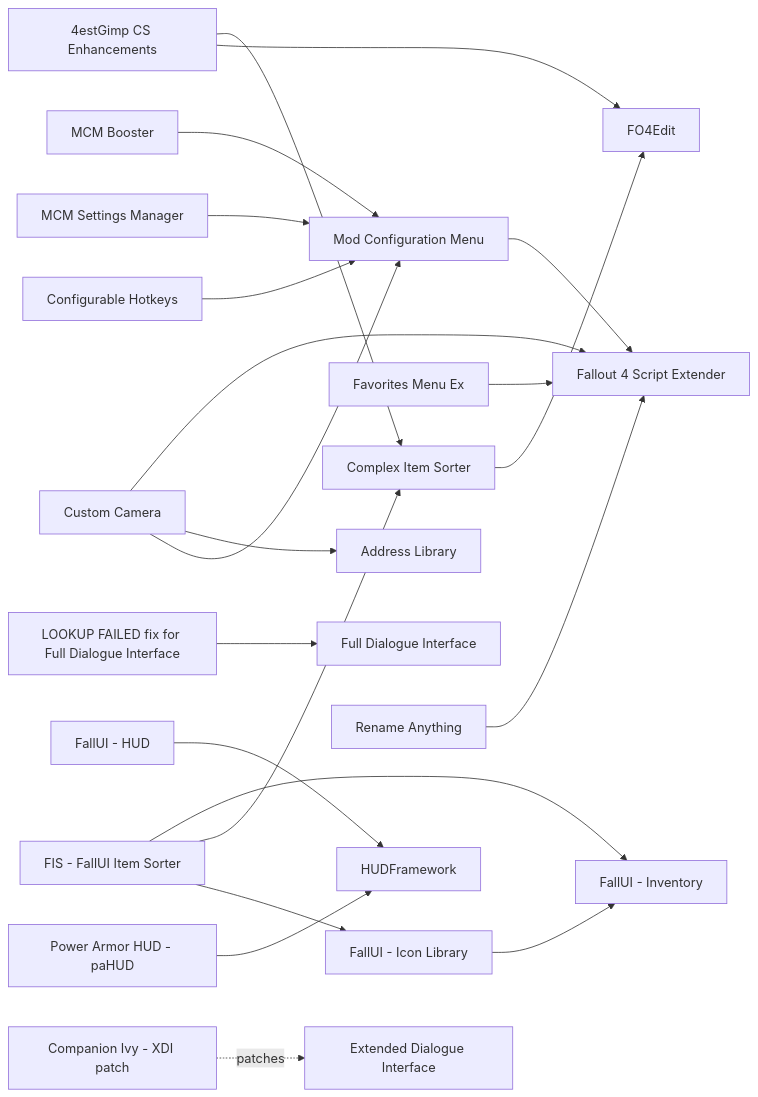
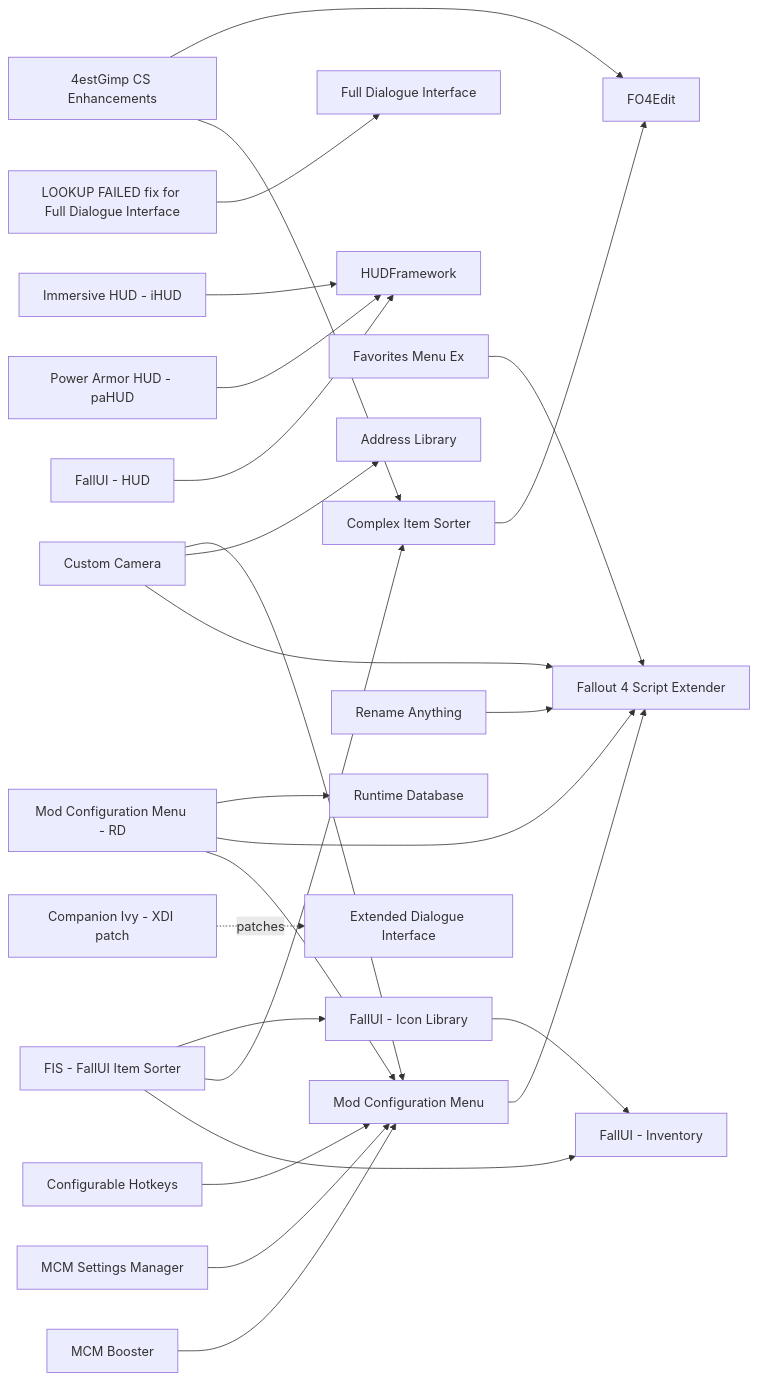
The diagram in docs/catalog/interface.md (MorganKryze/special-mods-list), drawn with Mermaid before and after one commit. The commit also changed other lines of this file and 19 other files, not shown here.

````diff
--- a/docs/catalog/interface.md
+++ b/docs/catalog/interface.md
@@ -96,45 +98,52 @@
 ```mermaid
 graph LR
   4estgimp_cs_enhancements["4estGimp CS Enhancements"]
   address_library["Address Library"]
   companion_ivy_xdi_patch["Companion Ivy - XDI patch"]
   complex_item_sorter["Complex Item Sorter"]
   configurable_hotkeys["Configurable Hotkeys"]
   custom_camera["Custom Camera"]
   f4se["Fallout 4 Script Extender"]
   fallui_hud["FallUI - HUD"]
   fallui_icon_library["FallUI - Icon Library"]
   fallui_inventory["FallUI - Inventory"]
   favorites_menu_ex["Favorites Menu Ex"]
   fdi_lookup_failed_fix["LOOKUP FAILED fix for Full Dialogue Interface"]
   fis_fallui_item_sorter["FIS - FallUI Item Sorter"]
   fo4edit["FO4Edit"]
   full_dialogue_interface["Full Dialogue Interface"]
   hudframework["HUDFramework"]
+  ihud["Immersive HUD - iHUD"]
   mcm["Mod Configuration Menu"]
   mcm_booster["MCM Booster"]
+  mcm_rd["Mod Configuration Menu - RD"]
   mcm_settings_manager["MCM Settings Manager"]
   pahud["Power Armor HUD - paHUD"]
   rename_anything["Rename Anything"]
+  runtime_database["Runtime Database"]
   xdi["Extended Dialogue Interface"]
   mcm --> f4se
   complex_item_sorter --> fo4edit
   companion_ivy_xdi_patch -. patches .-> xdi
   fallui_hud --> hudframework
   fallui_icon_library --> fallui_inventory
   fis_fallui_item_sorter --> fallui_inventory
   fis_fallui_item_sorter --> complex_item_sorter
   fis_fallui_item_sorter --> fallui_icon_library
   mcm_booster --> mcm
   mcm_settings_manager --> mcm
   pahud --> hudframework
   4estgimp_cs_enhancements --> complex_item_sorter
   4estgimp_cs_enhancements --> fo4edit
   configurable_hotkeys --> mcm
   custom_camera --> f4se
   custom_camera --> address_library
   custom_camera --> mcm
   favorites_menu_ex --> f4se
   rename_anything --> f4se
   fdi_lookup_failed_fix --> full_dialogue_interface
+  ihud --> hudframework
+  mcm_rd --> mcm
+  mcm_rd --> f4se
+  mcm_rd --> runtime_database
 ```
````
